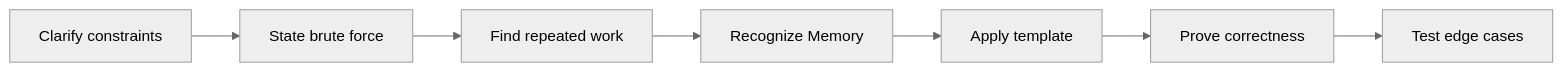
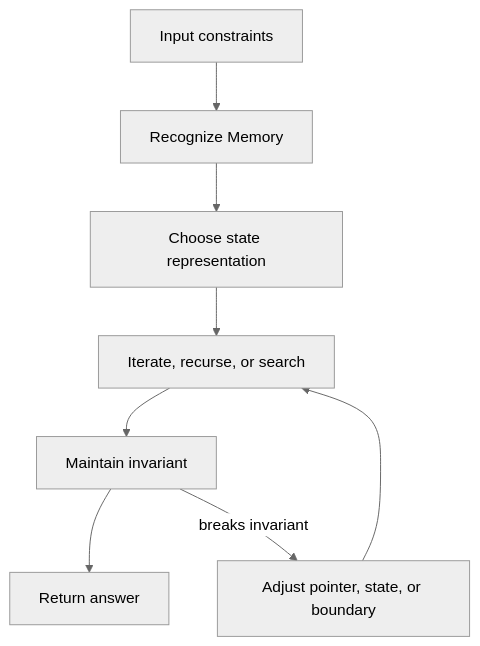
Before and after one commit to abstractinterviews/abstractinterviews.github.io: the second of 2 diagrams in coding-round/foundations/memory/index.md, drawn with Mermaid (neutral theme). The commit also changed other lines of this file and 278 other files, not shown here.

````diff
--- a/coding-round/foundations/memory/index.md
+++ b/coding-round/foundations/memory/index.md
@@ -123,9 +121,10 @@
-~~~mermaid
-flowchart LR
-    A["Clarify constraints"] --> B["State brute force"]
-    B --> C["Find repeated work"]
-    C --> D["Recognize Memory"]
-    D --> E["Apply template"]
-    E --> F["Prove correctness"]
-    F --> G["Test edge cases"]
-~~~
+```mermaid
+flowchart TD
+    Input["Input constraints"] --> Pattern["Recognize Memory"]
+    Pattern --> State["Choose state representation"]
+    State --> Iterate["Iterate, recurse, or search"]
+    Iterate --> Check["Maintain invariant"]
+    Check --> Result["Return answer"]
+    Check -->|breaks invariant| Fix["Adjust pointer, state, or boundary"]
+    Fix --> Iterate
+```
````
